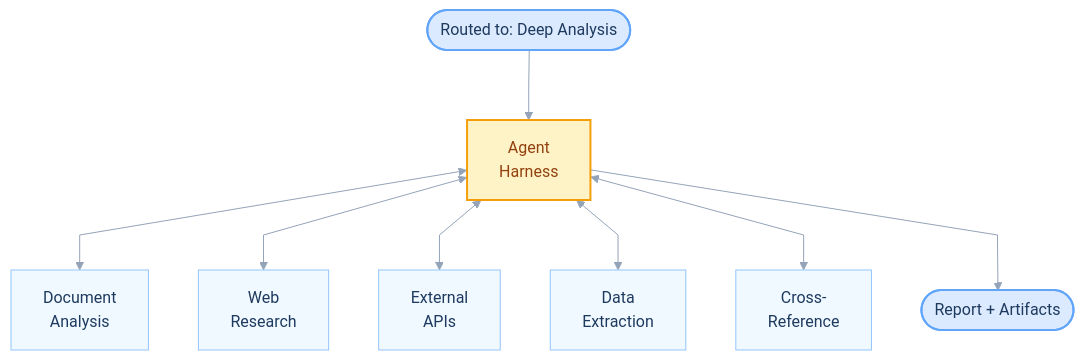
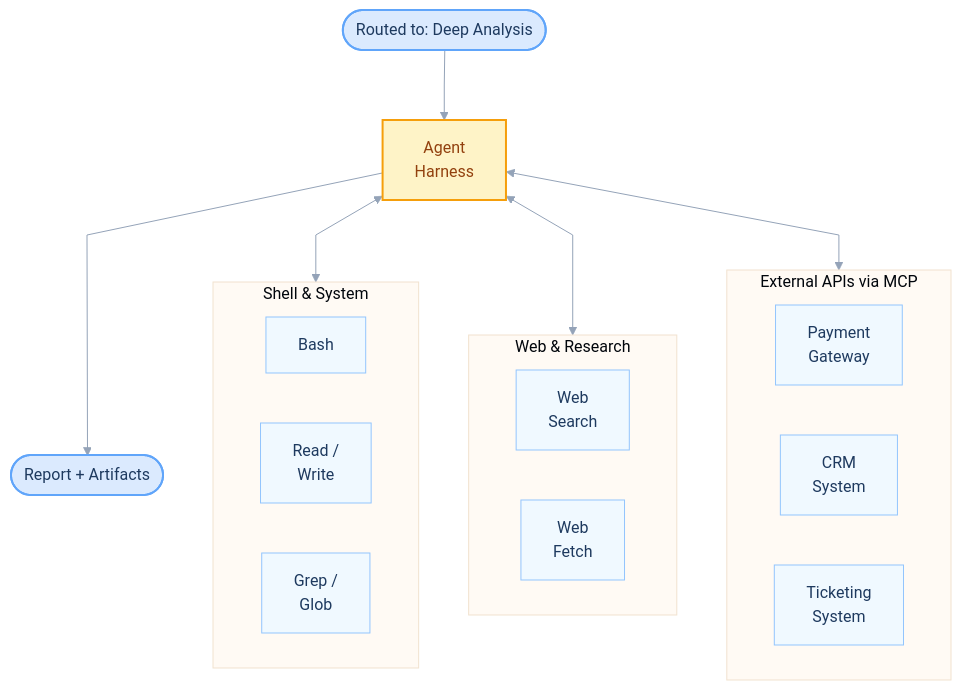
The fourth of 6 diagrams in agents/autonomy-levels/README.md (daveebbelaar/ai-cookbook), drawn with Mermaid before and after one commit. The commit also changed other lines of this file, not shown here.

Commit message:
Enhance README.md for AI Autonomy Levels by clarifying Level 4 capabilities and expanding Level 5 orchestration details, including subagent and passed-down agent patterns for improved understanding.

````diff
--- a/agents/autonomy-levels/README.md
+++ b/agents/autonomy-levels/README.md
@@ -129,30 +127,48 @@
 ```mermaid
 ---
 config:
   theme: base
   themeVariables:
     primaryColor: "#dbeafe"
     primaryTextColor: "#1e3a5f"
     primaryBorderColor: "#93c5fd"
     lineColor: "#94a3b8"
   flowchart:
     curve: linear
     padding: 16
     nodeSpacing: 50
     rankSpacing: 70
 ---
 flowchart TB
     ROUTE(["Routed to: Deep Analysis"]):::input --> HARNESS["Agent<br>Harness"]:::harness
 
-    HARNESS <--> DOCS["Document<br>Analysis"]:::tool
-    HARNESS <--> WEB["Web<br>Research"]:::tool
-    HARNESS <--> APIS["External<br>APIs"]:::tool
-    HARNESS <--> DATA["Data<br>Extraction"]:::tool
-    HARNESS <--> CHECK["Cross-<br>Reference"]:::tool
+    subgraph SHELL ["Shell & System"]
+        direction LR
+        BASH["Bash"]:::tool
+        READ["Read /<br>Write"]:::tool
+        GREP["Grep /<br>Glob"]:::tool
+    end
+
+    subgraph RESEARCH ["Web & Research"]
+        direction LR
+        SEARCH["Web<br>Search"]:::tool
+        FETCH["Web<br>Fetch"]:::tool
+    end
+
+    subgraph APIS ["External APIs via MCP"]
+        direction LR
+        GATEWAY["Payment<br>Gateway"]:::tool
+        CRM["CRM<br>System"]:::tool
+        TICKETS["Ticketing<br>System"]:::tool
+    end
+
+    HARNESS <--> SHELL
+    HARNESS <--> RESEARCH
+    HARNESS <--> APIS
 
     HARNESS --> RESULT(["Report + Artifacts"]):::input
 
     classDef input fill:#dbeafe,stroke:#60a5fa,color:#1e3a5f,stroke-width:2px
     classDef harness fill:#fef3c7,stroke:#f59e0b,color:#92400e,stroke-width:2px
     classDef tool fill:#f0f9ff,stroke:#93c5fd,color:#1e3a5f,stroke-width:1px
 ```
````
